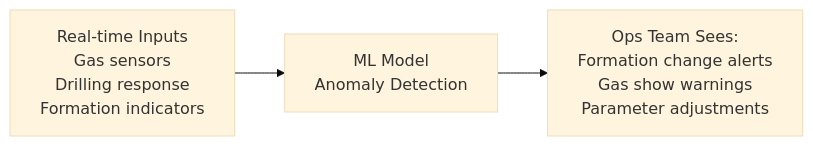
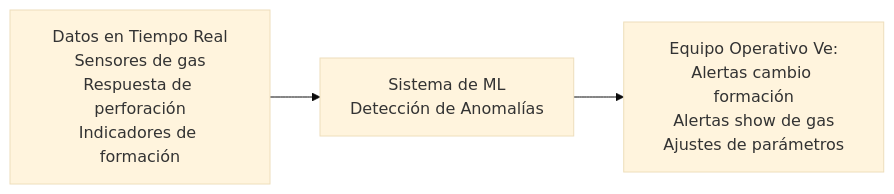
Before and after one commit to wonder-dmercadal/PublicReports: the fifth of 13 diagrams in PAE_Report.md, drawn with Mermaid (base theme). The commit also changed other lines of this file, not shown here.

````diff
--- a/PAE_Report.md
+++ b/PAE_Report.md
@@ -71,5 +71,5 @@
 ```mermaid
 graph LR
-    A[Real-time Inputs<br/>Gas sensors<br/>Drilling response<br/>Formation indicators] --> B[ML Model<br/>Anomaly Detection]
-    B --> C[Ops Team Sees:<br/>Formation change alerts<br/>Gas show warnings<br/>Parameter adjustments]
+    A[Datos en Tiempo Real<br/>Sensores de gas<br/>Respuesta de perforación<br/>Indicadores de formación] --> B[Sistema de ML<br/>Detección de Anomalías]
+    B --> C[Equipo Operativo Ve:<br/>Alertas cambio formación<br/>Alertas show de gas<br/>Ajustes de parámetros]
 ```
````
